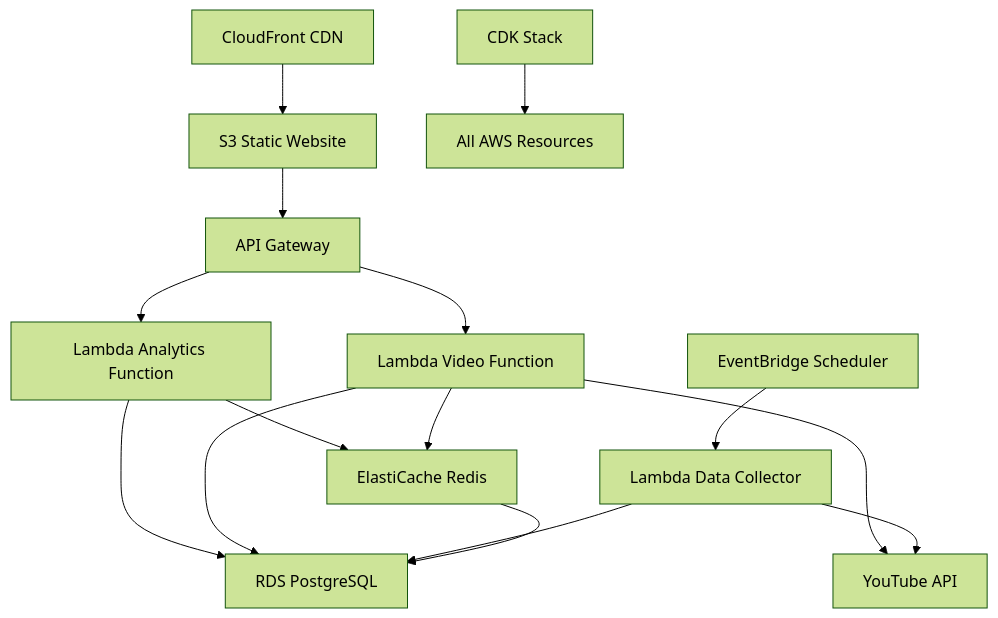
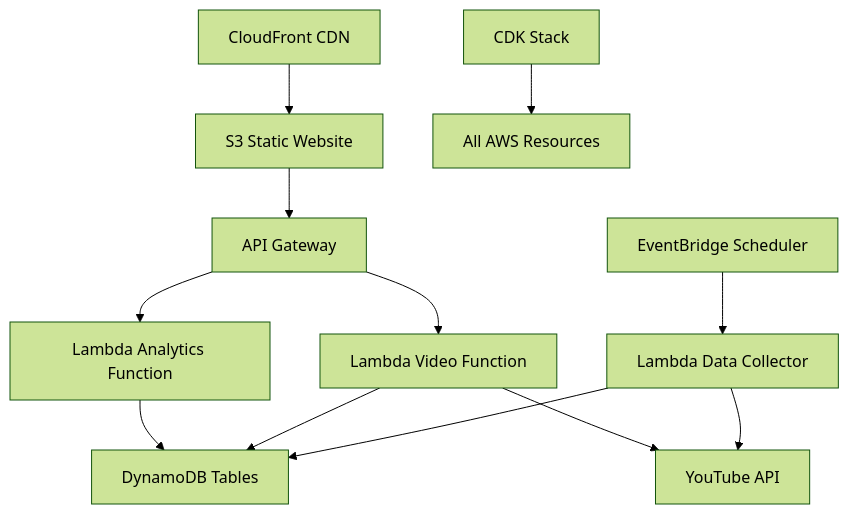
The diagram in .kiro/specs/youtube-ranking-site/design.md (KennyTakaki/rankiro), drawn with Mermaid (forest theme) before and after one commit. The commit also changed other lines of this file, not shown here.

First line of the commit message:
Replace RDS with DynamoDB and remove expensive DAX caching

````diff
--- a/.kiro/specs/youtube-ranking-site/design.md
+++ b/.kiro/specs/youtube-ranking-site/design.md
@@ -11,17 +11,14 @@
 ```mermaid
 graph TB
     A[CloudFront CDN] --> B[S3 Static Website]
     B --> C[API Gateway]
     C --> D[Lambda Analytics Function]
     C --> E[Lambda Video Function]
-    D --> F[RDS PostgreSQL]
+    D --> F[DynamoDB Tables]
     E --> F
     E --> G[YouTube API]
     H[EventBridge Scheduler] --> I[Lambda Data Collector]
     I --> G
     I --> F
-    J[ElastiCache Redis] --> F
-    D --> J
-    E --> J
     K[CDK Stack] --> L[All AWS Resources]
 ```
````
